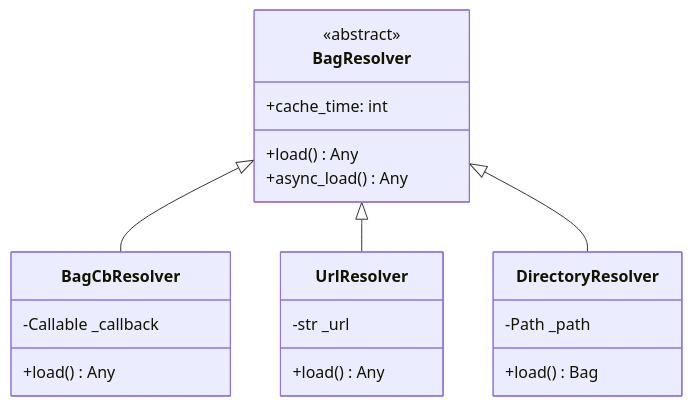
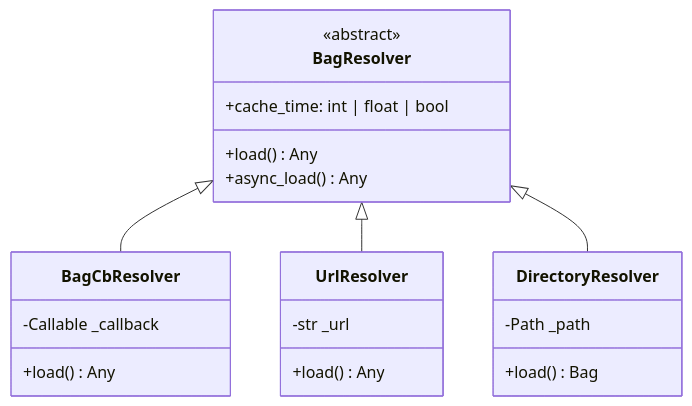
One commit to genropy/genro-bag changed the sixth of 14 diagrams in docs/reference/architecture.md. Above: the diagram before and after it, drawn with Mermaid. The commit also changed other lines of this file and 10 other files, not shown here.

````diff
--- a/docs/reference/architecture.md
+++ b/docs/reference/architecture.md
@@ -119,28 +119,28 @@
 ```mermaid
 classDiagram
     class BagResolver {
         <<abstract>>
         +load() Any
         +async_load() Any
-        +cache_time: int
+        +cache_time: int | float | bool
     }
 
     class BagCbResolver {
         -Callable _callback
         +load() Any
     }
 
     class UrlResolver {
         -str _url
         +load() Any
     }
 
     class DirectoryResolver {
         -Path _path
         +load() Bag
     }
 
     BagResolver <|-- BagCbResolver
     BagResolver <|-- UrlResolver
     BagResolver <|-- DirectoryResolver
 ```
````
